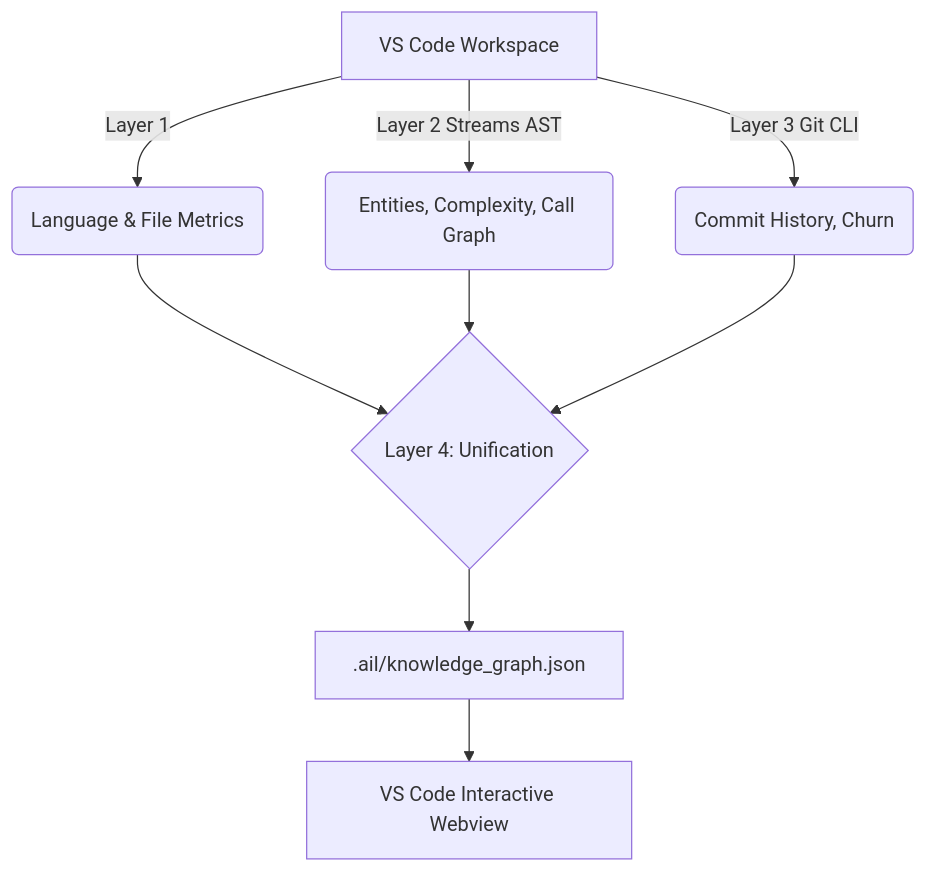
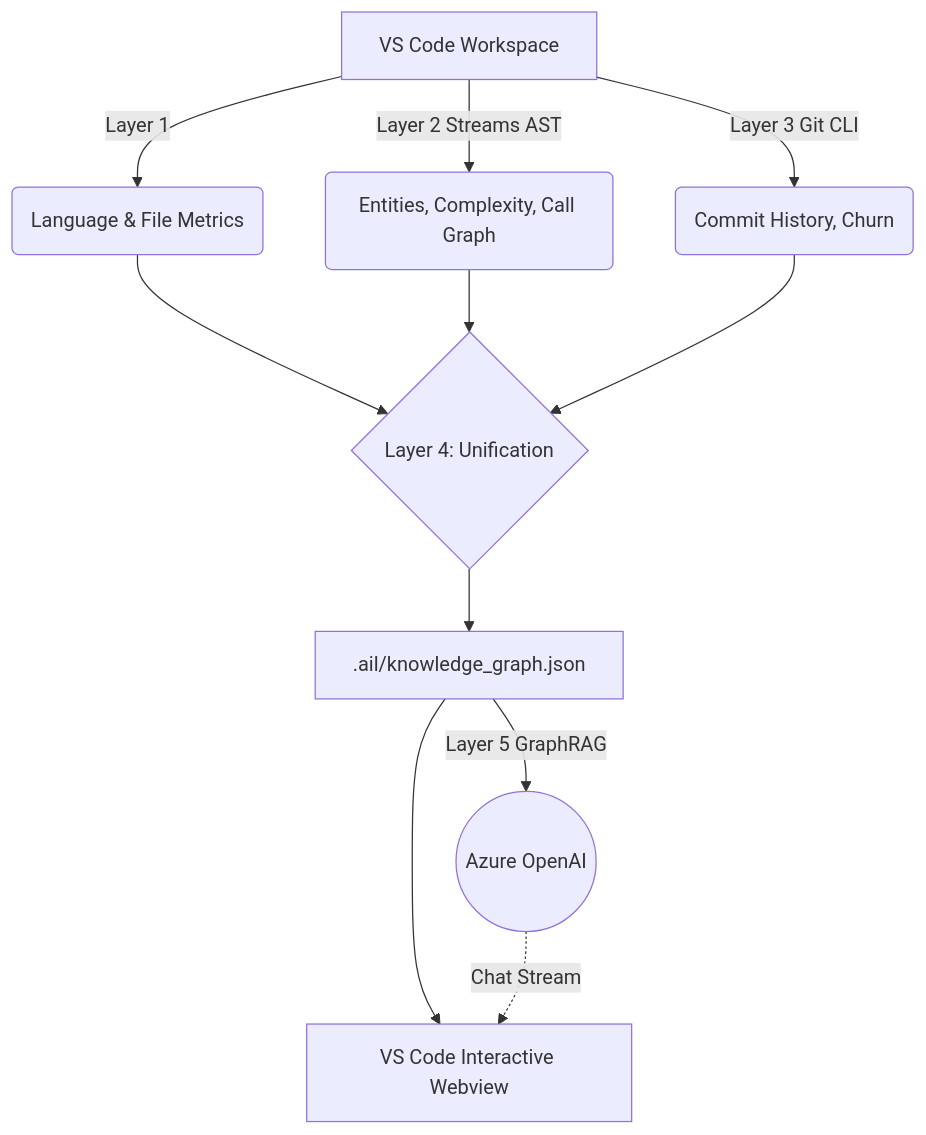
The diagram in README.md (RajRudra06/AIL), drawn with Mermaid before and after one commit. The commit also changed other lines of this file and 4 other files, not shown here.

Commit message:
feat(rag): implement conversational history array for azure openai chat

````diff
--- a/README.md
+++ b/README.md
@@ -105,11 +71,13 @@
 ```mermaid
 graph TD
     A[VS Code Workspace] -->|Layer 1| B(Language & File Metrics)
     A -->|Layer 2 Streams AST| C(Entities, Complexity, Call Graph)
     A -->|Layer 3 Git CLI| D(Commit History, Churn)
     B --> E{Layer 4: Unification}
     C --> E
     D --> E
     E --> F[.ail/knowledge_graph.json]
+    F -->|Layer 5 GraphRAG| H((Azure OpenAI))
     F --> G[VS Code Interactive Webview]
+    H -.->|Chat Stream| G
 ```
````
